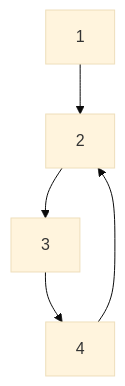
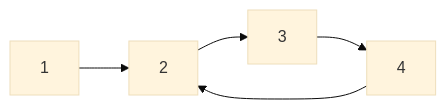
One commit to amritpandey23/dsa-guide changed the first of 3 diagrams in docs/graph/detect_cycle_in_directed_graph.md. Above: the diagram before and after it, drawn with Mermaid (base theme). The commit also changed other lines of this file, not shown here.

````diff
--- a/docs/graph/detect_cycle_in_directed_graph.md
+++ b/docs/graph/detect_cycle_in_directed_graph.md
@@ -5,7 +5,7 @@
 ```mermaid
-graph TD
+graph LR
     1 --> 2
     2 --> 3
     3 --> 4
     4 --> 2
 ```
````
